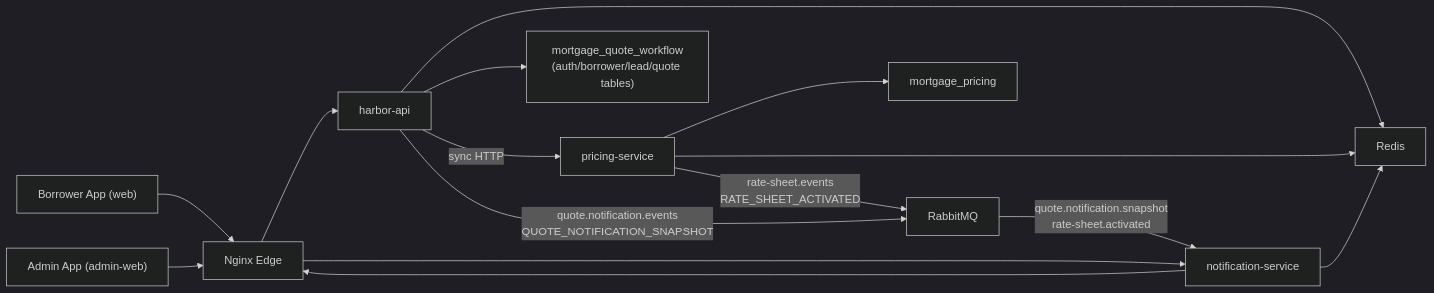
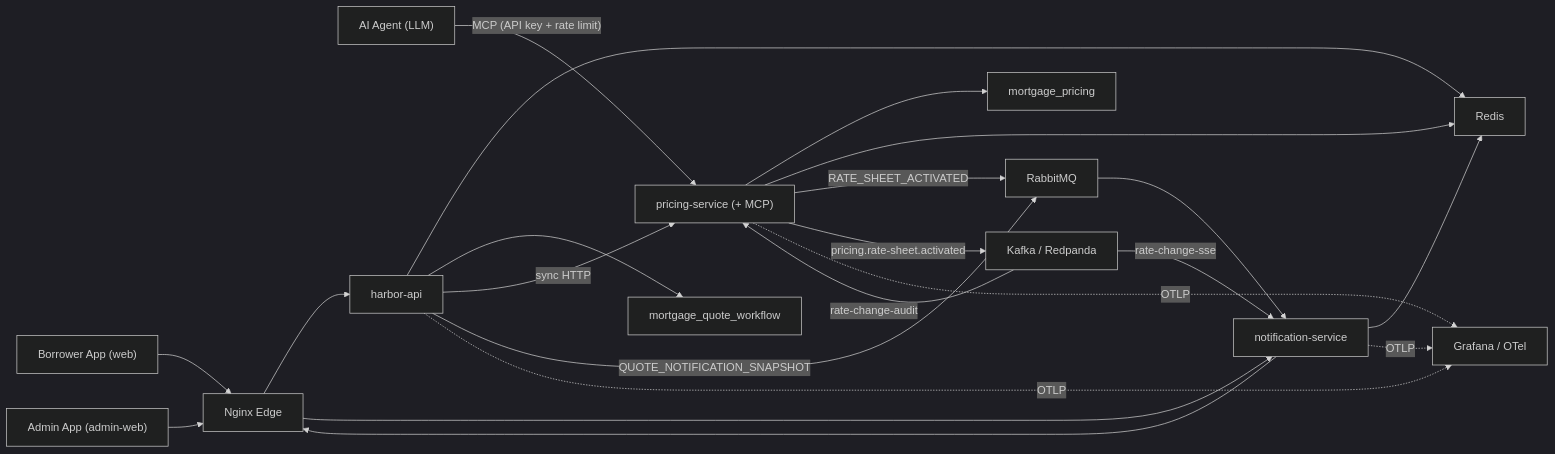
Before and after one commit to JayCodesX/harbor-loan-quote: the diagram in docs/architecture.md, drawn with Mermaid (dark theme). The commit also changed other lines of this file and 11 other files, not shown here.

````diff
--- a/docs/architecture.md
+++ b/docs/architecture.md
@@ -11,17 +11,22 @@
 ```mermaid
 flowchart LR
     B["Borrower App (web)"] --> E["Nginx Edge"]
     A["Admin App (admin-web)"] --> E
+    AGENT["AI Agent (LLM)"] -->|"MCP (API key + rate limit)"| PRICING
     E --> API["harbor-api"]
     E --> NOTIFY["notification-service"]
     API --> REDIS["Redis"]
-    API --> MYSQL["mortgage_quote_workflow\n(auth/borrower/lead/quote tables)"]
-    API -->|"sync HTTP"| PRICING["pricing-service"]
-    API -->|"quote.notification.events\nQUOTE_NOTIFICATION_SNAPSHOT"| MQ["RabbitMQ"]
+    API --> MYSQL["mortgage_quote_workflow"]
+    API -->|"sync HTTP"| PRICING["pricing-service (+ MCP)"]
+    API -->|"QUOTE_NOTIFICATION_SNAPSHOT"| MQ["RabbitMQ"]
     PRICING --> MYSQLP["mortgage_pricing"]
     PRICING --> REDIS
-    PRICING -->|"rate-sheet.events\nRATE_SHEET_ACTIVATED"| MQ
-    MQ -->|"quote.notification.snapshot\nrate-sheet.activated"| NOTIFY
+    PRICING -->|"RATE_SHEET_ACTIVATED"| MQ
+    PRICING -->|"pricing.rate-sheet.activated"| KAFKA["Kafka / Redpanda"]
+    KAFKA -->|"rate-change-audit"| PRICING
+    KAFKA -->|"rate-change-sse"| NOTIFY
+    MQ --> NOTIFY
     NOTIFY --> REDIS
     NOTIFY --> E
+    API & PRICING & NOTIFY -.->|OTLP| OTEL["Grafana / OTel"]
 ```
````
